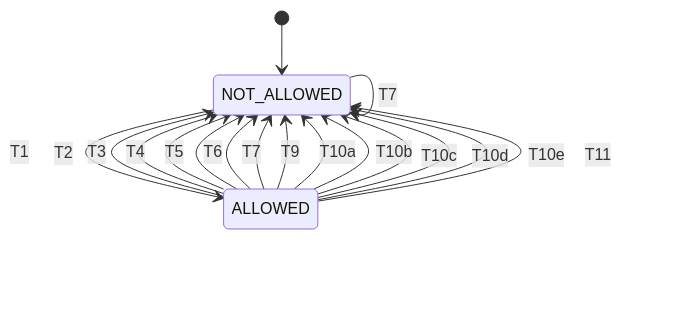
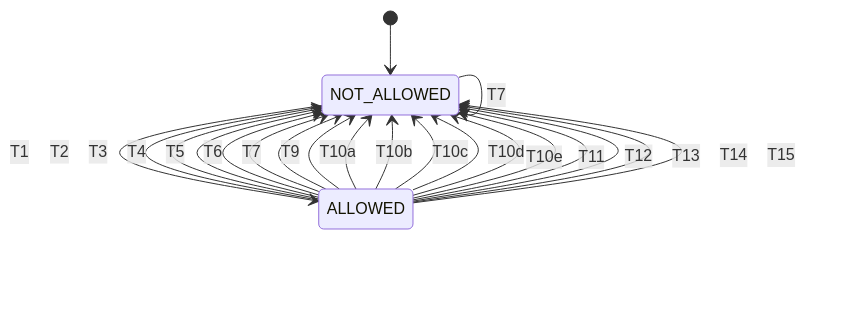
Before and after one commit to jherrodthomas/LionDriver: the second of 2 diagrams in assurance/05-software/WP-W-05-software-unit-design.md, drawn with Mermaid. The commit also changed other lines of this file and 8 other files, not shown here.

````diff
--- a/assurance/05-software/WP-W-05-software-unit-design.md
+++ b/assurance/05-software/WP-W-05-software-unit-design.md
@@ -473,19 +477,23 @@
 ```mermaid
 stateDiagram-v2
   [*] --> NOT_ALLOWED
   NOT_ALLOWED --> ALLOWED: T1
   ALLOWED --> NOT_ALLOWED: T2
   ALLOWED --> NOT_ALLOWED: T3
   ALLOWED --> NOT_ALLOWED: T4
   ALLOWED --> NOT_ALLOWED: T5
   ALLOWED --> NOT_ALLOWED: T6
   NOT_ALLOWED --> NOT_ALLOWED: T7
   ALLOWED --> NOT_ALLOWED: T7
   ALLOWED --> NOT_ALLOWED: T9
   ALLOWED --> NOT_ALLOWED: T10a
   ALLOWED --> NOT_ALLOWED: T10b
   ALLOWED --> NOT_ALLOWED: T10c
   ALLOWED --> NOT_ALLOWED: T10d
   ALLOWED --> NOT_ALLOWED: T10e
   ALLOWED --> NOT_ALLOWED: T11
+  ALLOWED --> NOT_ALLOWED: T12
+  ALLOWED --> NOT_ALLOWED: T13
+  ALLOWED --> NOT_ALLOWED: T14
+  ALLOWED --> NOT_ALLOWED: T15
 ```
````
